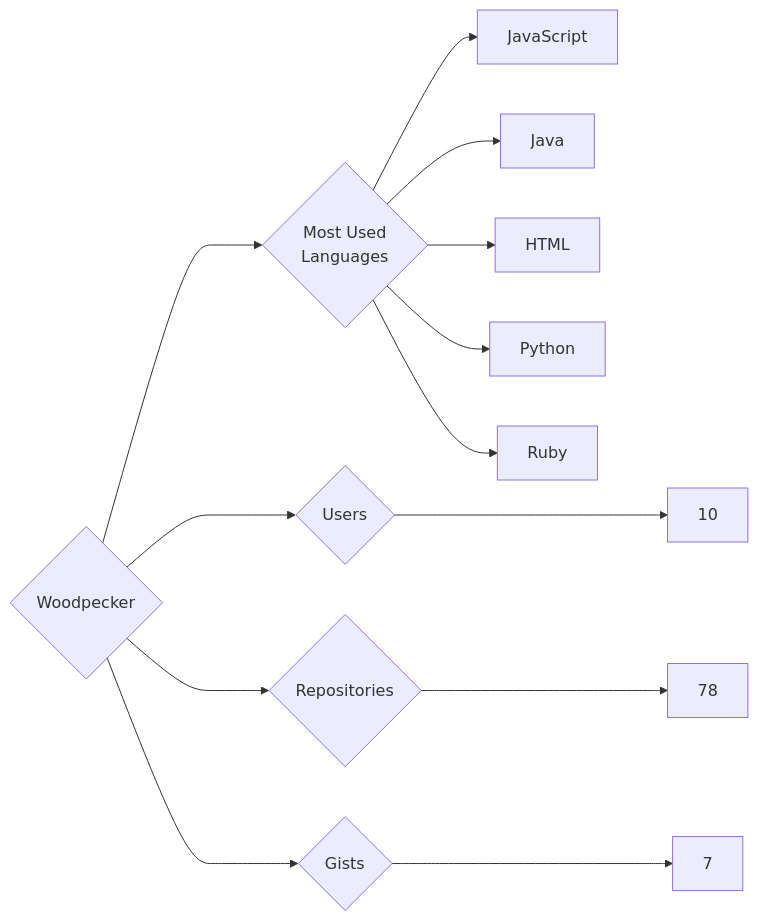
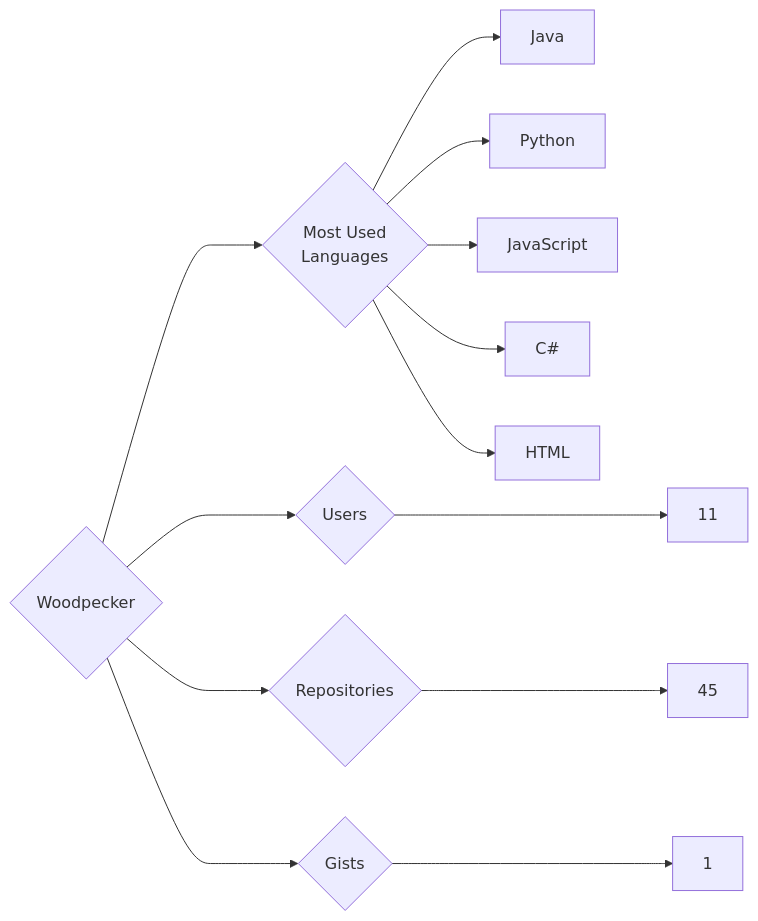
Before and after one commit to trickest/insiders: the diagram in targets/Woodpecker/README.md, drawn with Mermaid. The commit also changed 973 other files, not shown here.

````diff
--- a/targets/Woodpecker/README.md
+++ b/targets/Woodpecker/README.md
@@ -3,13 +3,13 @@
 ```mermaid
 graph LR
 COMPANY_NAME{Woodpecker}
-COMPANY_NAME ---> U{Users} ---> UN[10]
-COMPANY_NAME ---> R{Repositories} ---> RN[78]
-COMPANY_NAME ---> G{Gists} ---> GN[7]
+COMPANY_NAME ---> U{Users} ---> UN[11]
+COMPANY_NAME ---> R{Repositories} ---> RN[45]
+COMPANY_NAME ---> G{Gists} ---> GN[1]
 COMPANY_NAME ---> ML{Most Used<br>Languages}
+ML --> Java[Java]
+ML --> Python[Python]
 ML --> JavaScript[JavaScript]
-ML --> Java[Java]
+ML --> C#[C#]
 ML --> HTML[HTML]
-ML --> Python[Python]
-ML --> Ruby[Ruby]
 ```
````
